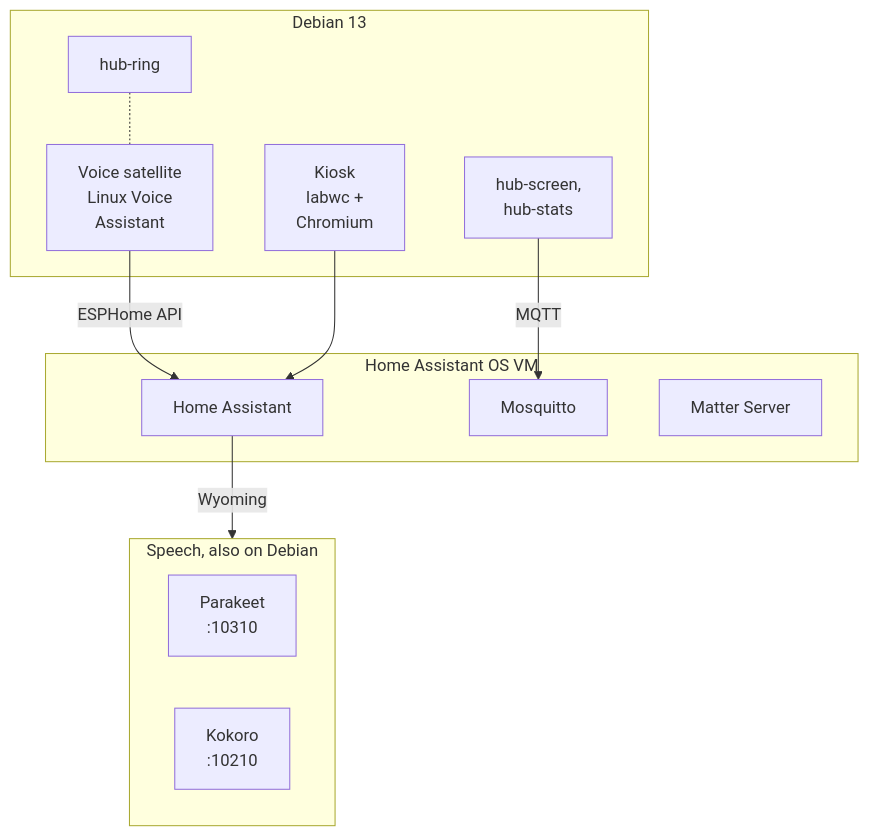
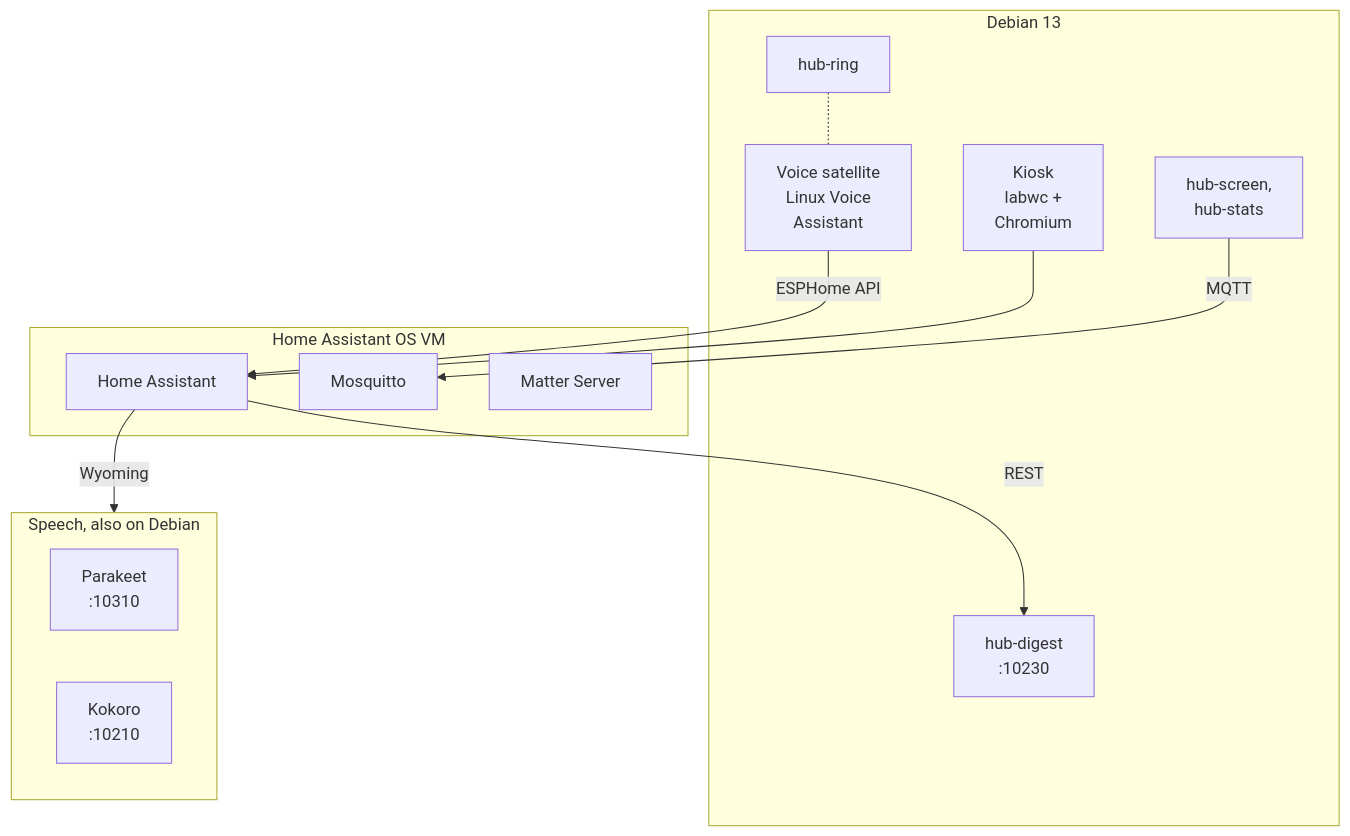
One commit to SettlingAbyss96/fosters-home-hub changed the first of 3 diagrams in docs/architecture.md. Above: the diagram before and after it, drawn with Mermaid. The commit also changed other lines of this file and 18 other files, not shown here.

````diff
--- a/docs/architecture.md
+++ b/docs/architecture.md
@@ -15,27 +15,29 @@
 ```mermaid
 ---
 config:
   themeCSS: ".edgeLabel, .edgeLabel p, .labelBkg { background-color: var(--bgColor-default) !important } .edgeLabel rect { opacity: 1 !important; fill: var(--bgColor-default) !important }"
 ---
 flowchart TD
     subgraph D[Debian 13]
         V[Voice satellite<br/>Linux Voice<br/>Assistant]
         R[hub-ring]
         K[Kiosk<br/>labwc +<br/>Chromium]
         X[hub-screen,<br/>hub-stats]
+        Dg[hub-digest<br/>:10230]
     end
     subgraph VM[Home Assistant OS VM]
         HA[Home Assistant]
         MQ[Mosquitto]
         MS[Matter Server]
     end
     subgraph S[Speech, also on Debian]
         P[Parakeet<br/>:10310]
         Ko[Kokoro<br/>:10210]
     end
     R -.- V
     V -->|ESPHome API| HA
     K --> HA
     X -->|MQTT| MQ
+    HA -->|REST| Dg
     HA -->|Wyoming| S
 ```
````
